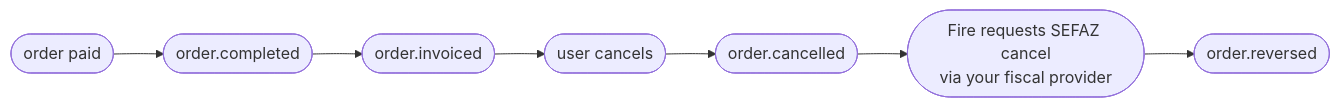
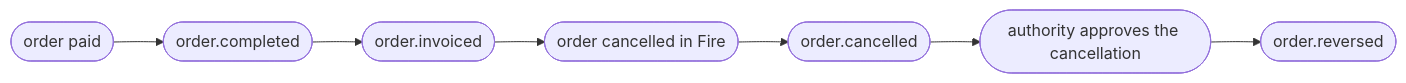
One commit to fire-rest/documentation changed the diagram in en/events/order-reversed.mdx. Above: the diagram before and after it, drawn with Mermaid. The commit also changed other lines of this file and 26 other files, not shown here.

First line of the commit message:
docs(events)!: bloque fiscal estructurado — order.invoiced v2, order.cancelled v3, order.reversed v3

````diff
--- a/en/events/order-reversed.mdx
+++ b/en/events/order-reversed.mdx
@@ -135,9 +126,9 @@
 ```mermaid
 flowchart LR
     A([order paid]) --> B([order.completed])
     B --> C([order.invoiced])
-    C --> D([user cancels])
+    C --> D([order cancelled in Fire])
     D --> E([order.cancelled])
-    E --> F([Fire requests SEFAZ cancel<br/>via your fiscal provider])
+    E --> F([authority approves the cancellation])
     F --> G([order.reversed])
 ```
````
